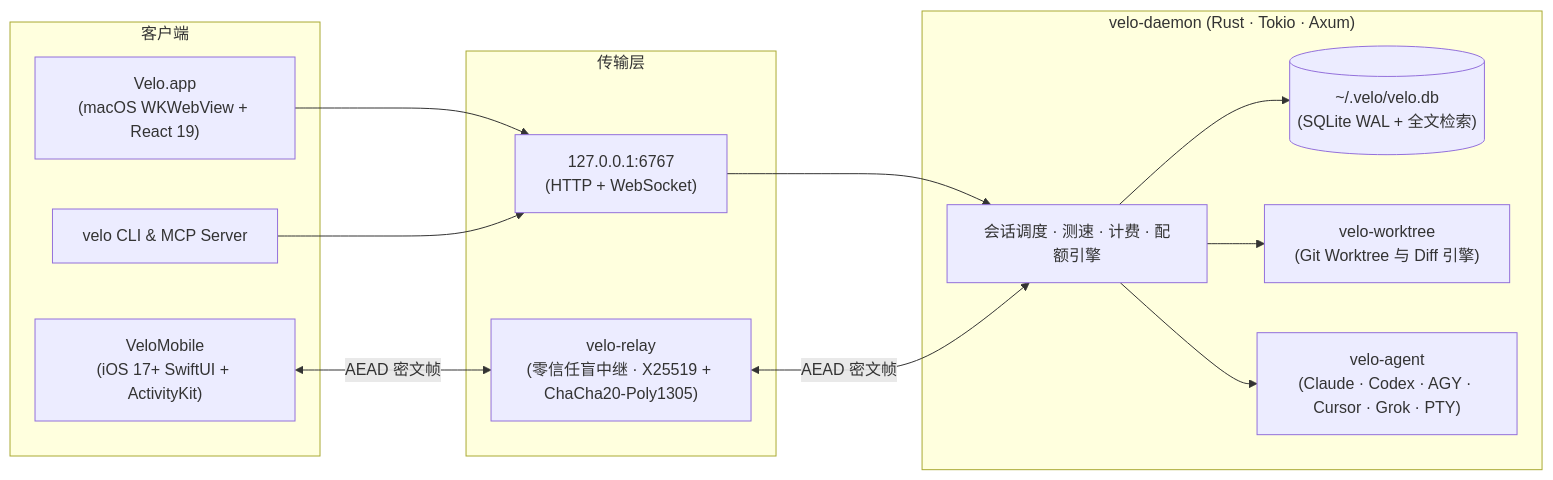
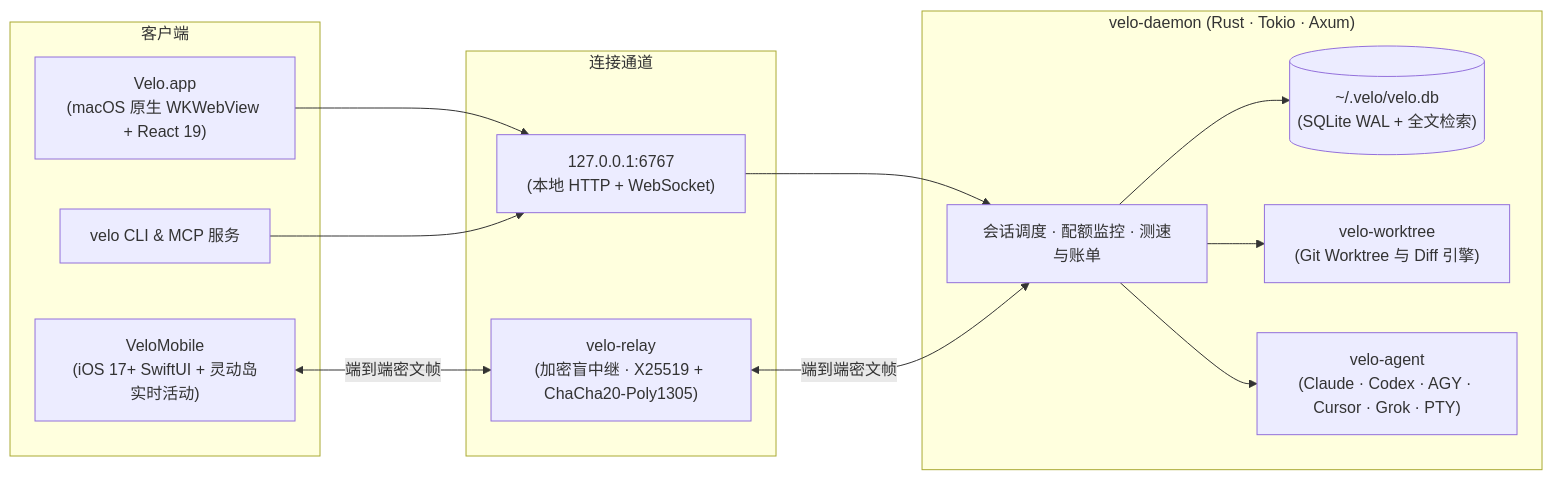
Before and after one commit to davaded/velo: the diagram in README.zh-CN.md, drawn with Mermaid. The commit also changed other lines of this file and 1 other file, not shown here.

````diff
--- a/README.zh-CN.md
+++ b/README.zh-CN.md
@@ -142,27 +149,27 @@
 ```mermaid
 flowchart LR
     subgraph Clients["客户端"]
-        Mac["Velo.app\n(macOS WKWebView + React 19)"]
-        iOS["VeloMobile\n(iOS 17+ SwiftUI + ActivityKit)"]
-        CLI["velo CLI & MCP Server"]
+        Mac["Velo.app\n(macOS 原生 WKWebView + React 19)"]
+        iOS["VeloMobile\n(iOS 17+ SwiftUI + 灵动岛实时活动)"]
+        CLI["velo CLI & MCP 服务"]
     end
 
-    subgraph Transport["传输层"]
-        Local["127.0.0.1:6767\n(HTTP + WebSocket)"]
-        Relay["velo-relay\n(零信任盲中继 · X25519 + ChaCha20-Poly1305)"]
+    subgraph Transport["连接通道"]
+        Local["127.0.0.1:6767\n(本地 HTTP + WebSocket)"]
+        Relay["velo-relay\n(加密盲中继 · X25519 + ChaCha20-Poly1305)"]
     end
 
     subgraph Core["velo-daemon (Rust · Tokio · Axum)"]
-        Supervisor["会话调度 · 测速 · 计费 · 配额引擎"]
+        Supervisor["会话调度 · 配额监控 · 测速与账单"]
         DB[("~/.velo/velo.db\n(SQLite WAL + 全文检索)")]
         WT["velo-worktree\n(Git Worktree 与 Diff 引擎)"]
         Agents["velo-agent\n(Claude · Codex · AGY · Cursor · Grok · PTY)"]
     end
 
     Mac --> Local --> Supervisor
     CLI --> Local
-    iOS <-->|"AEAD 密文帧"| Relay <-->|"AEAD 密文帧"| Supervisor
+    iOS <-->|"端到端密文帧"| Relay <-->|"端到端密文帧"| Supervisor
     Supervisor --> DB
     Supervisor --> WT
     Supervisor --> Agents
 ```
````
